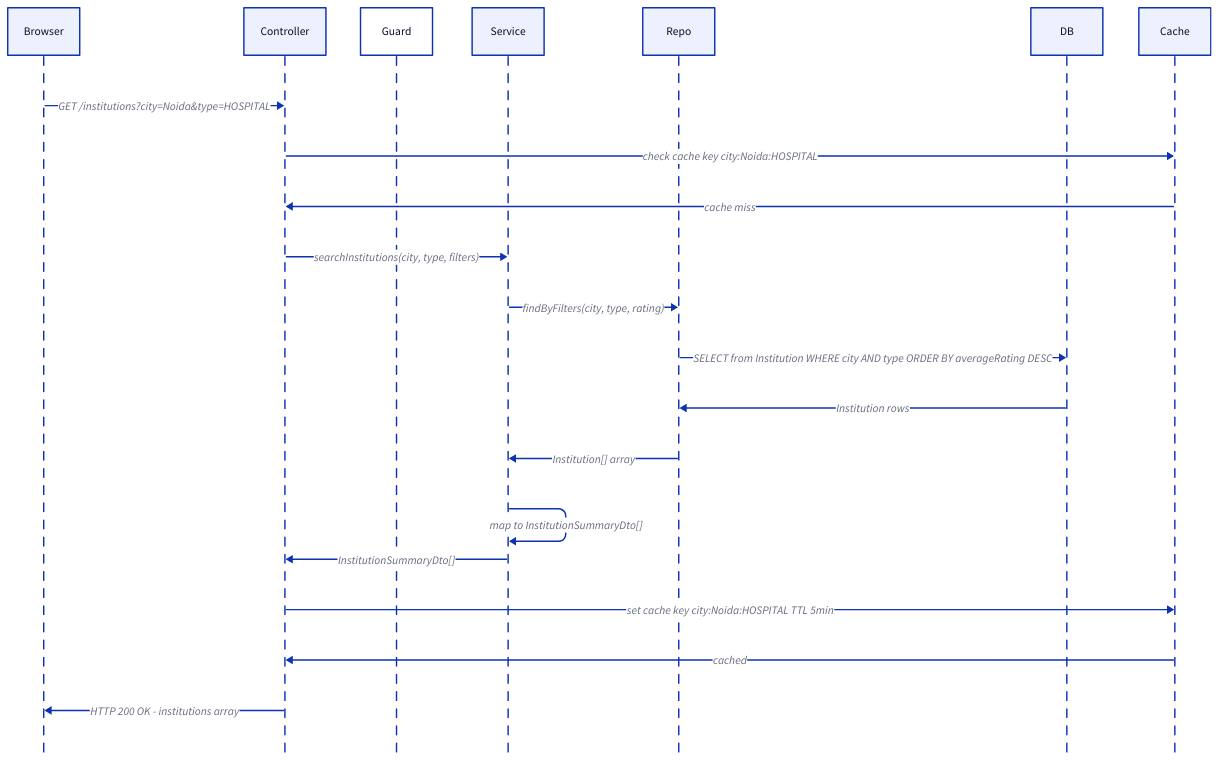
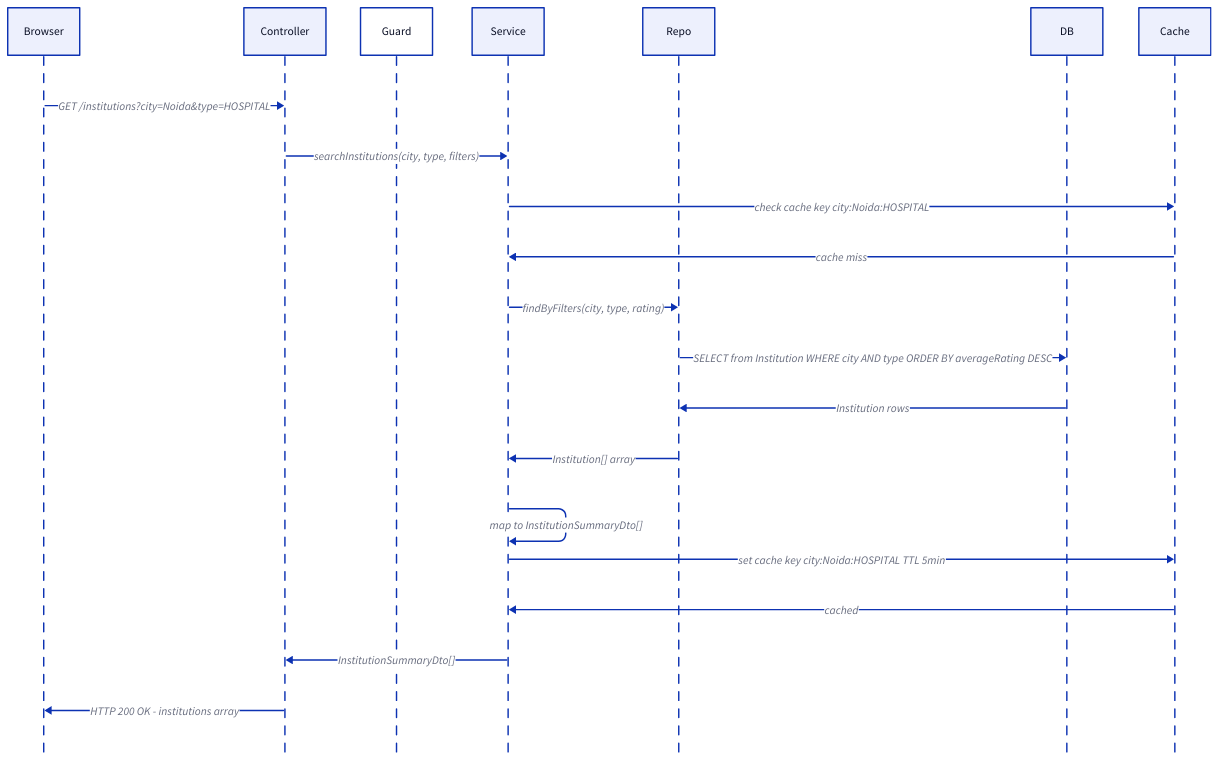
Before and after one commit to antik1108/AyuSangh: the diagram in Documentation/UML_Diagrams/Sequence_Diagrams/Search_Institutions/Search_Institutions.d2, drawn with D2. The commit also changed 252 other files, not shown here.

```diff
--- a/Documentation/UML_Diagrams/Sequence_Diagrams/Search_Institutions/Search_Institutions.d2
+++ b/Documentation/UML_Diagrams/Sequence_Diagrams/Search_Institutions/Search_Institutions.d2
@@ -1,23 +1,23 @@
 shape: sequence_diagram
 
 Browser
 Controller
 Guard
 Service
 Repo
 DB
 Cache
 
 Browser -> Controller: "GET /institutions?city=Noida&type=HOSPITAL"
-Controller -> Cache: "check cache key city:Noida:HOSPITAL"
-Cache -> Controller: "cache miss"
 Controller -> Service: "searchInstitutions(city, type, filters)"
+Service -> Cache: "check cache key city:Noida:HOSPITAL"
+Cache -> Service: "cache miss"
 Service -> Repo: "findByFilters(city, type, rating)"
 Repo -> DB: "SELECT from Institution WHERE city AND type ORDER BY averageRating DESC"
 DB -> Repo: "Institution rows"
 Repo -> Service: "Institution[] array"
 Service -> Service: "map to InstitutionSummaryDto[]"
+Service -> Cache: "set cache key city:Noida:HOSPITAL TTL 5min"
+Cache -> Service: "cached"
 Service -> Controller: "InstitutionSummaryDto[]"
-Controller -> Cache: "set cache key city:Noida:HOSPITAL TTL 5min"
-Cache -> Controller: "cached"
 Controller -> Browser: "HTTP 200 OK - institutions array"
```
